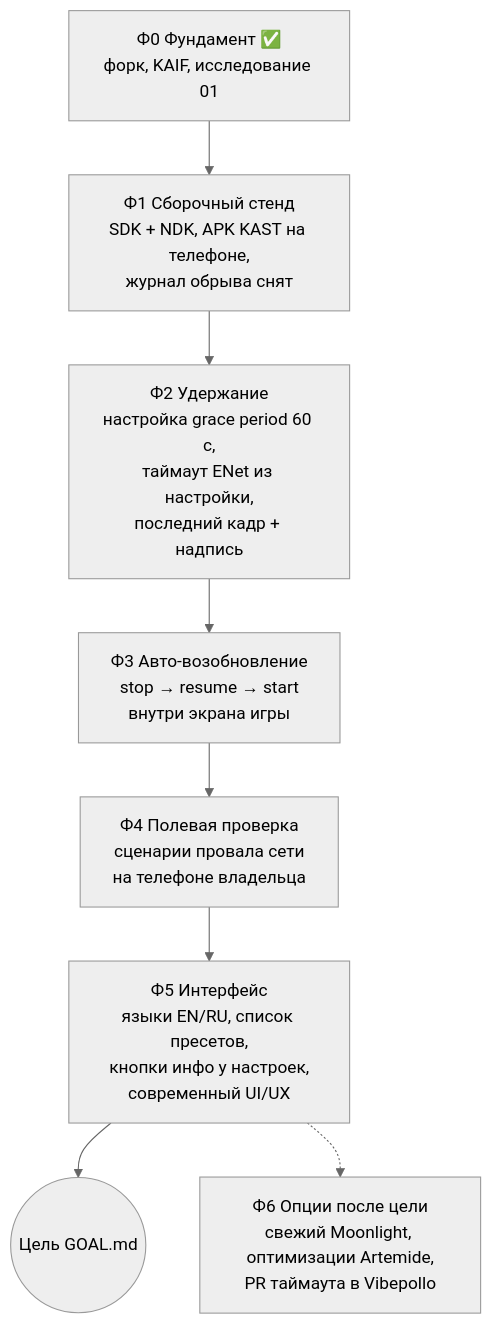
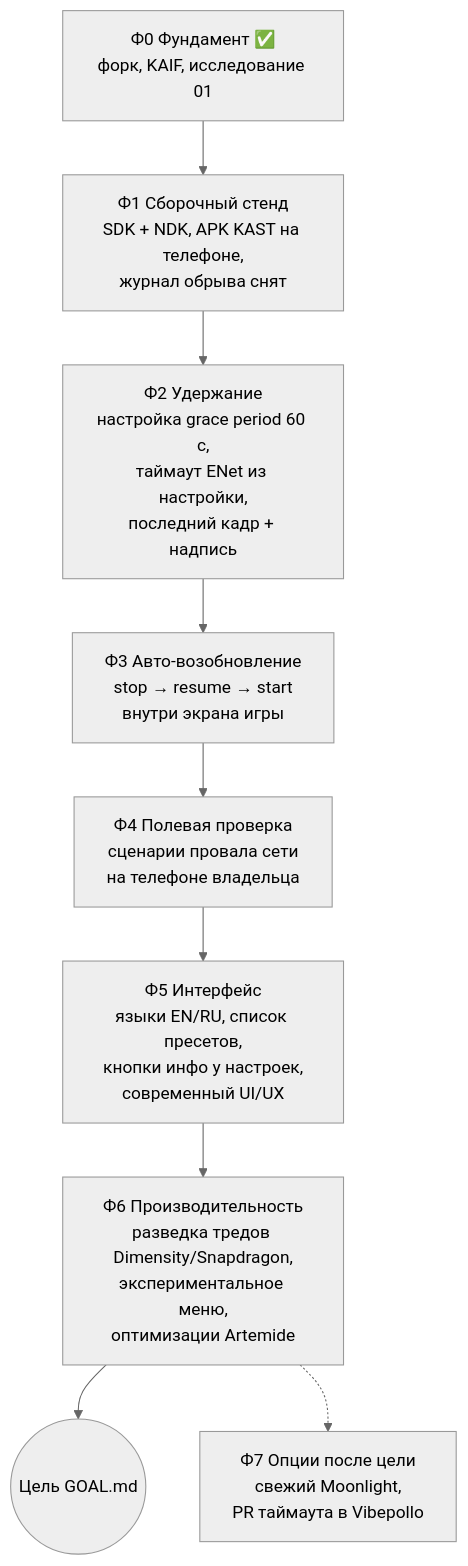
Before and after one commit to MikalaiKryvusha/KAST: the diagram in MASTER_PLAN.md, drawn with Mermaid (neutral theme). The commit also changed other lines of this file and 3 other files, not shown here.

First line of the commit message:
docs(идея 02 + GOAL/MASTER_PLAN/STATUS): причёсанная версия — экспериментальное меню оптимизаций под Dimensity и Snapdragon, фаза Ф6

````diff
--- a/MASTER_PLAN.md
+++ b/MASTER_PLAN.md
@@ -30,10 +30,11 @@
 ```mermaid
 flowchart TD
     P0[Ф0 Фундамент ✅<br/>форк, KAIF, исследование 01] --> P1[Ф1 Сборочный стенд<br/>SDK + NDK, APK KAST на телефоне,<br/>журнал обрыва снят]
     P1 --> P2[Ф2 Удержание<br/>настройка grace period 60 с,<br/>таймаут ENet из настройки,<br/>последний кадр + надпись]
     P2 --> P3[Ф3 Авто-возобновление<br/>stop → resume → start<br/>внутри экрана игры]
     P3 --> P4[Ф4 Полевая проверка<br/>сценарии провала сети<br/>на телефоне владельца]
     P4 --> P5[Ф5 Интерфейс<br/>языки EN/RU, список пресетов,<br/>кнопки инфо у настроек,<br/>современный UI/UX]
-    P5 --> G((Цель GOAL.md))
-    P5 -.-> P6[Ф6 Опции после цели<br/>свежий Moonlight, оптимизации Artemide,<br/>PR таймаута в Vibepollo]
+    P5 --> P6[Ф6 Производительность<br/>разведка тредов Dimensity/Snapdragon,<br/>экспериментальное меню,<br/>оптимизации Artemide]
+    P6 --> G((Цель GOAL.md))
+    P6 -.-> P7[Ф7 Опции после цели<br/>свежий Moonlight,<br/>PR таймаута в Vibepollo]
 ```
````
